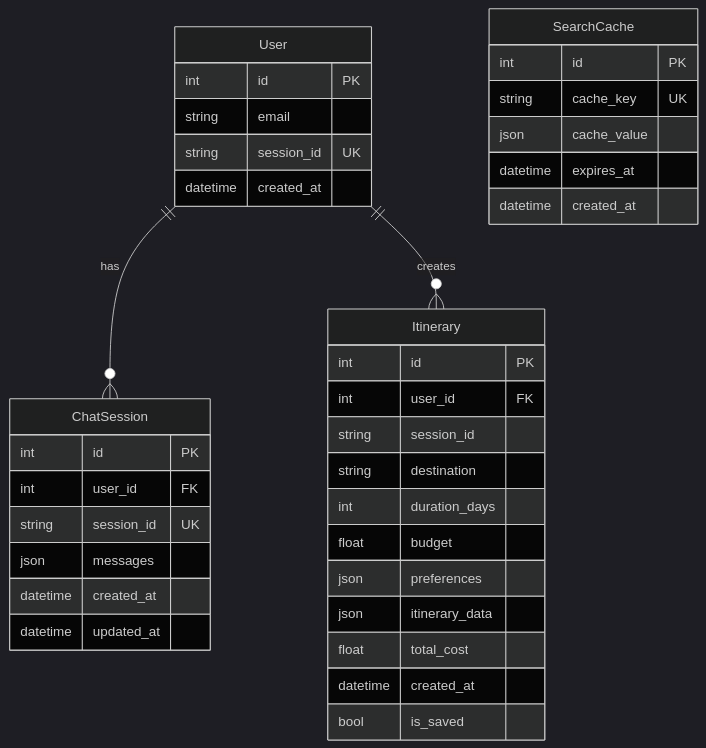
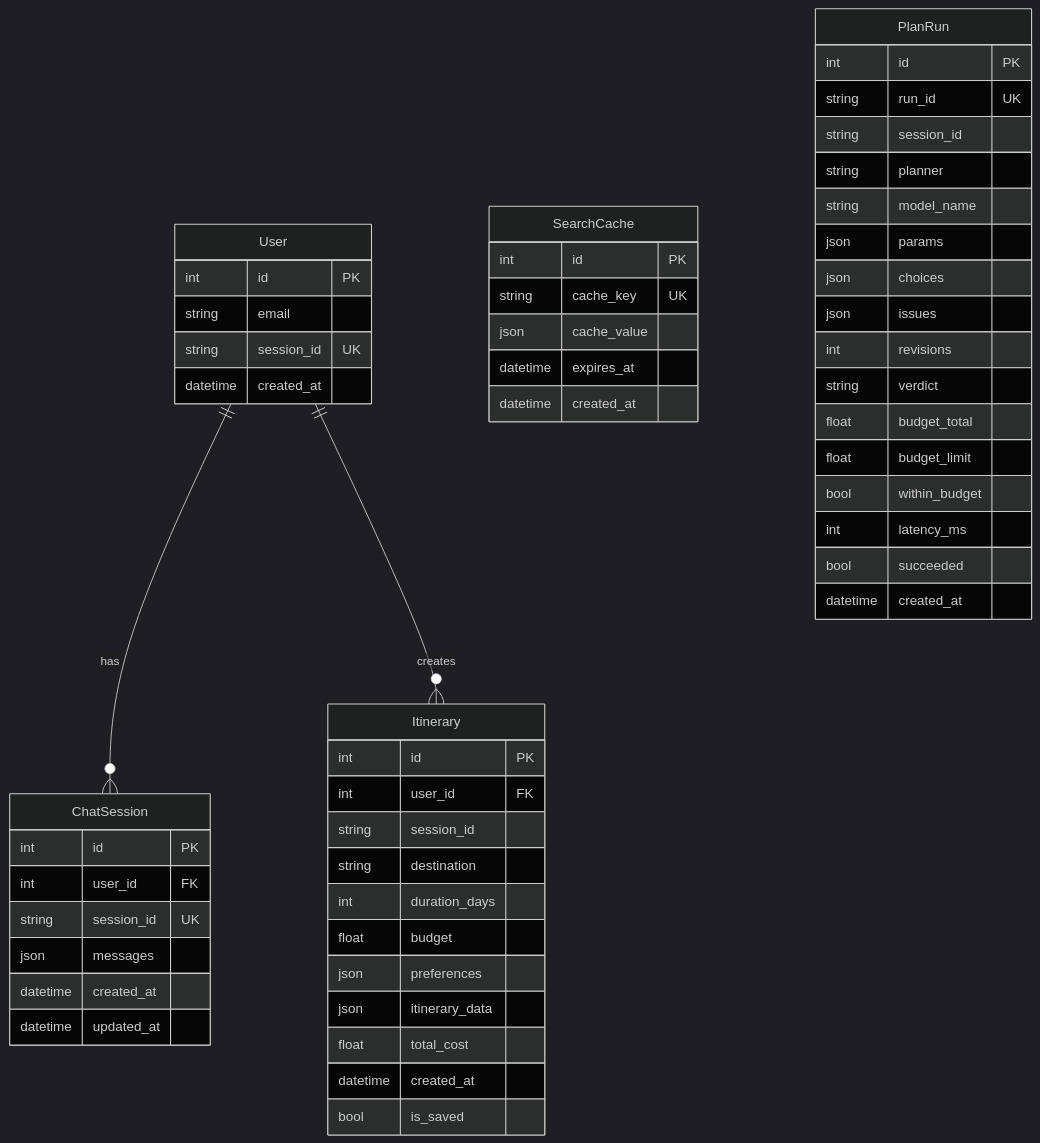
Before and after one commit to Deadsunx/Ai-travel-Agent: the diagram in PROJECT_WALKTHROUGH.md, drawn with Mermaid (dark theme). The commit also changed other lines of this file and 11 other files, not shown here.

````diff
--- a/PROJECT_WALKTHROUGH.md
+++ b/PROJECT_WALKTHROUGH.md
@@ -226,43 +318,62 @@
 ```mermaid
 erDiagram
     User ||--o{ ChatSession : has
     User ||--o{ Itinerary : creates
     
     User {
         int id PK
         string email
         string session_id UK
         datetime created_at
     }
     
     ChatSession {
         int id PK
         int user_id FK
         string session_id UK
         json messages
         datetime created_at
         datetime updated_at
     }
     
     Itinerary {
         int id PK
         int user_id FK
         string session_id
         string destination
         int duration_days
         float budget
         json preferences
         json itinerary_data
         float total_cost
         datetime created_at
         bool is_saved
     }
     
     SearchCache {
         int id PK
         string cache_key UK
         json cache_value
         datetime expires_at
         datetime created_at
     }
+    
+    PlanRun {
+        int id PK
+        string run_id UK
+        string session_id
+        string planner
+        string model_name
+        json params
+        json choices
+        json issues
+        int revisions
+        string verdict
+        float budget_total
+        float budget_limit
+        bool within_budget
+        int latency_ms
+        bool succeeded
+        datetime created_at
+    }
 ```
````
